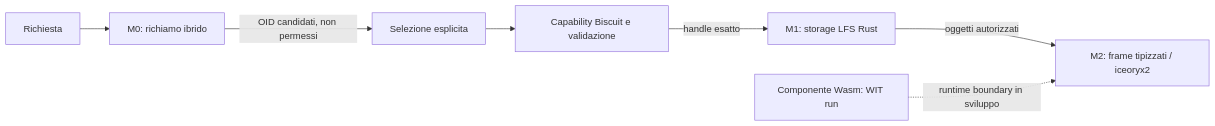
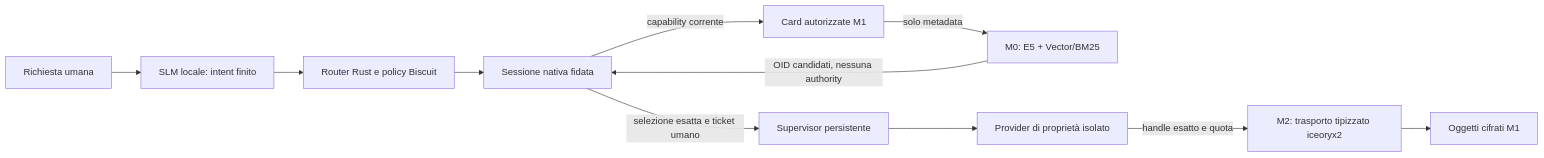
Before and after one commit to FrySco19/VelaOS: the diagram in docs/ARCHITECTURE.md, drawn with Mermaid. The commit also changed other lines of this file and 11 other files, not shown here.

````diff
--- a/docs/ARCHITECTURE.md
+++ b/docs/ARCHITECTURE.md
@@ -5,9 +8,13 @@
 ```mermaid
 flowchart LR
-  Request[Richiesta] --> Recall[M0: richiamo ibrido]
-  Recall -->|OID candidati, non permessi| Selection[Selezione esplicita]
-  Selection --> Policy[Capability Biscuit e validazione]
-  Policy -->|handle esatto| LFS[M1: storage LFS Rust]
-  LFS -->|oggetti autorizzati| Bus[M2: frame tipizzati / iceoryx2]
-  Wasm[Componente Wasm: WIT run] -. runtime boundary in sviluppo .-> Bus
+  Human[Richiesta umana] --> SLM[SLM locale: intent finito]
+  SLM --> Policy[Router Rust e policy Biscuit]
+  Policy --> UI[Sessione nativa fidata]
+  UI -->|capability corrente| Cards[Card autorizzate M1]
+  Cards -->|solo metadata| Recall[M0: E5 + Vector/BM25]
+  Recall -->|OID candidati, nessuna authority| UI
+  UI -->|selezione esatta e ticket umano| Supervisor[Supervisor persistente]
+  Supervisor --> Provider[Provider di proprietà isolato]
+  Provider -->|handle esatto e quota| Bus[M2: trasporto tipizzato iceoryx2]
+  Bus --> LFS[Oggetti cifrati M1]
 ```
````
